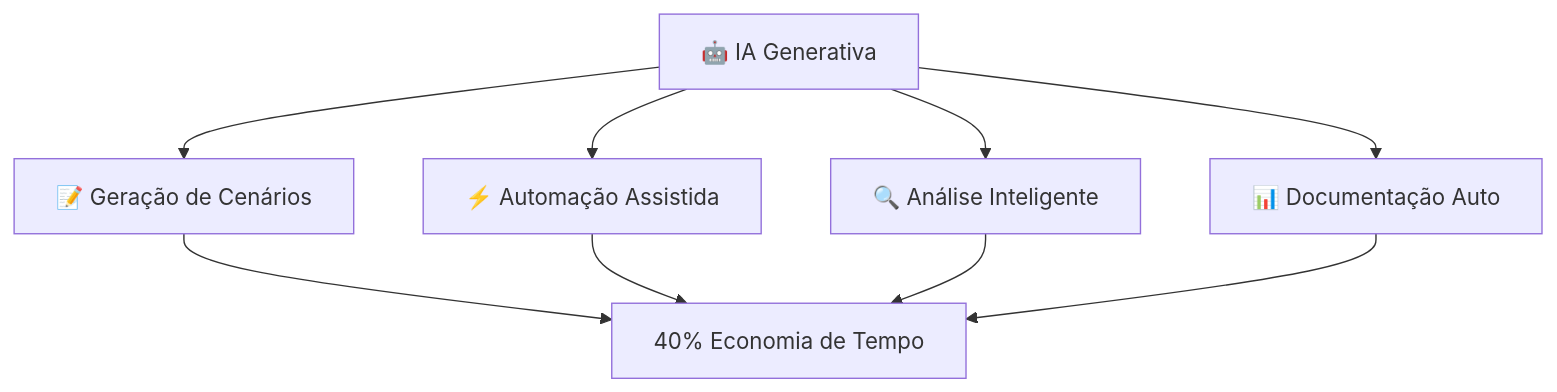
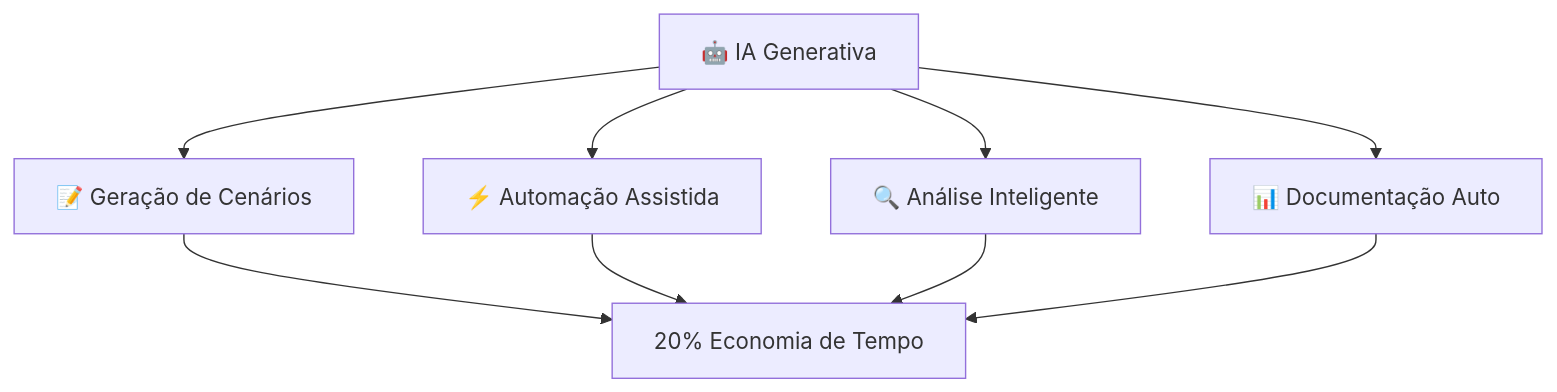
One commit to urielqa/urielqa changed the second of 2 diagrams in README.md. Above: the diagram before and after it, drawn with Mermaid. The commit also changed other lines of this file, not shown here.

````diff
--- a/README.md
+++ b/README.md
@@ -165,11 +164,11 @@
 ```mermaid
 graph TD
     A[🤖 IA Generativa] --> B[📝 Geração de Cenários]
     A --> C[⚡ Automação Assistida]
     A --> D[🔍 Análise Inteligente]
     A --> E[📊 Documentação Auto]
-    B --> F[40% Economia de Tempo]
+    B --> F[20% Economia de Tempo]
     C --> F
     D --> F
     E --> F
 ```
````
